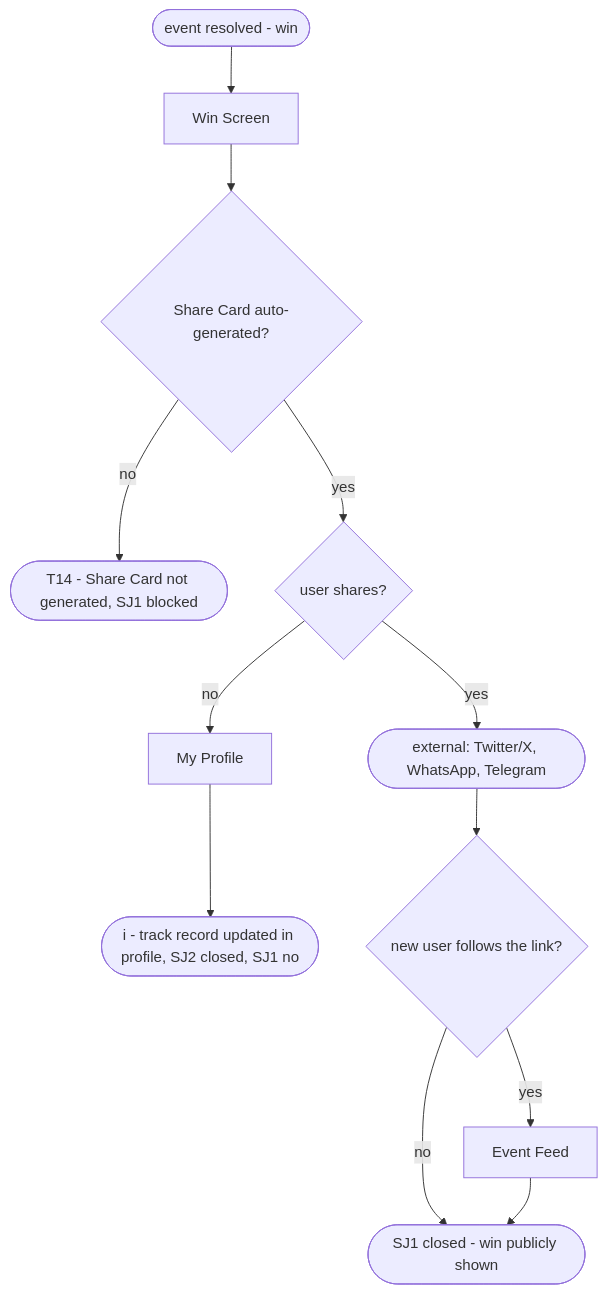
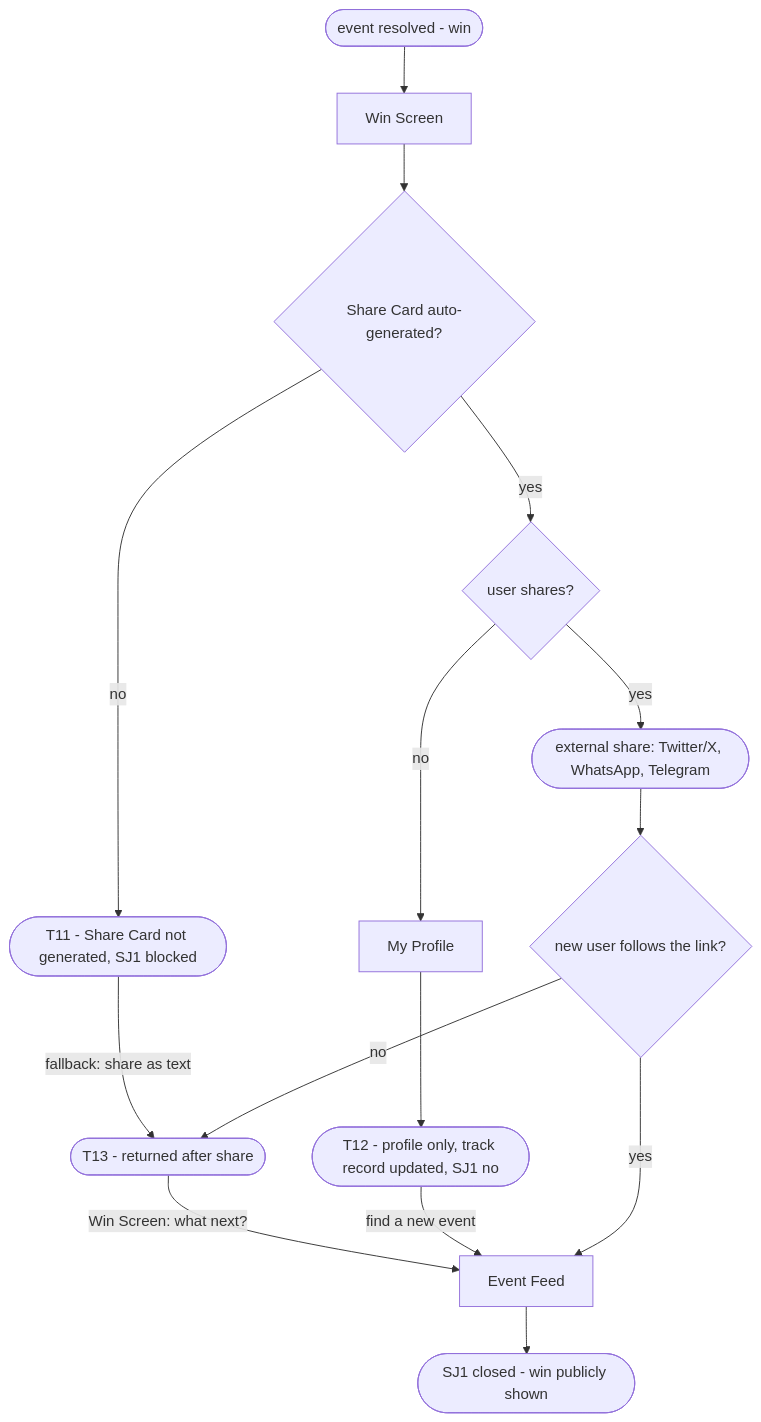
One commit to sergiodesign4u-dot/predict-market changed the fourth of 4 diagrams in flows.md. Above: the diagram before and after it, drawn with Mermaid. The commit also changed other lines of this file, not shown here.

````diff
--- a/flows.md
+++ b/flows.md
@@ -121,18 +169,21 @@
 ```mermaid
 flowchart TD
     trigger(["event resolved - win"])
     trigger --> WS["Win Screen"]
 
     WS --> cardOk{"Share Card auto-generated?"}
-    cardOk -->|"no"| T14(["T14 - Share Card not generated, SJ1 blocked"])
+    cardOk -->|"no"| T11(["T11 - Share Card not generated, SJ1 blocked"])
+    T11 -->|"fallback: share as text"| T13(["T13 - returned after share"])
+    T13 -->|"Win Screen: what next?"| EF["Event Feed"]
+    EF --> sj1Done(["SJ1 closed - win publicly shown"])
+
     cardOk -->|"yes"| shares{"user shares?"}
+    shares -->|"no"| MP["My Profile"]
+    MP --> T12(["T12 - profile only, track record updated, SJ1 no"])
+    T12 -->|"find a new event"| EF
 
-    shares -->|"no"| MP["My Profile"]
-    MP --> profileOnly(["i - track record updated in profile, SJ2 closed, SJ1 no"])
-
-    shares -->|"yes"| ext(["external: Twitter/X, WhatsApp, Telegram"])
+    shares -->|"yes"| ext(["external share: Twitter/X, WhatsApp, Telegram"])
     ext --> newUser{"new user follows the link?"}
-    newUser -->|"no"| sj1Done(["SJ1 closed - win publicly shown"])
-    newUser -->|"yes"| EF["Event Feed"]
-    EF --> sj1Done
+    newUser -->|"yes"| EF
+    newUser -->|"no"| T13
 ```
````
